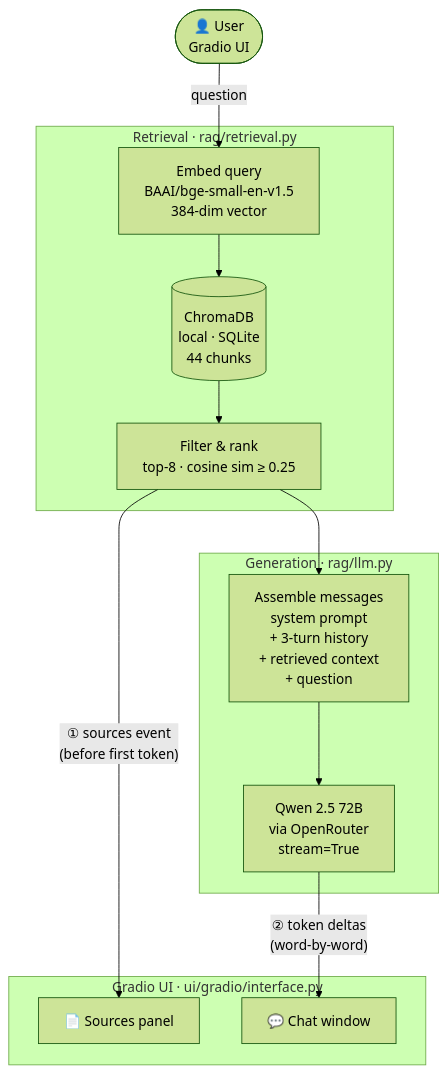
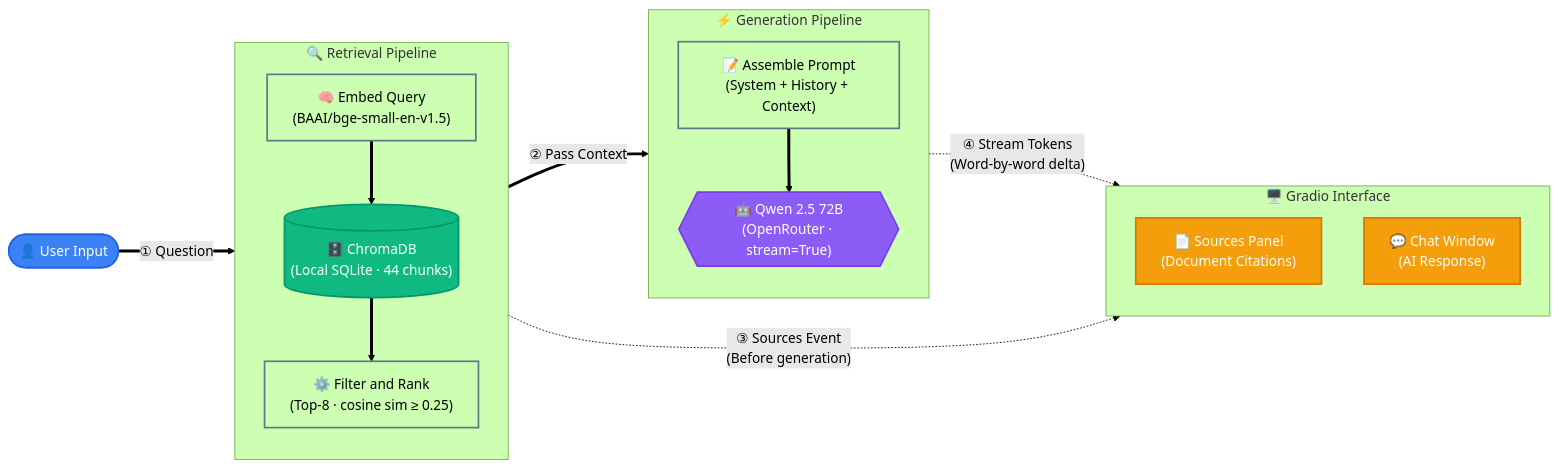
One commit to Andela-AI-Engineering-Bootcamp/ask_andela_cohort changed the diagram in README.md. Above: the diagram before and after it, drawn with Mermaid (forest theme).

Commit message:
update mermaid diagram

````diff
--- a/README.md
+++ b/README.md
@@ -19,29 +19,52 @@
 ```mermaid
-flowchart TD
-    User(["👤 User\nGradio UI"])
-    User -->|"question"| Embed
+flowchart LR
+    %% Core User Input
+    User(["👤 User Input"])
 
-    subgraph retrieval["Retrieval  ·  rag/retrieval.py"]
-        Embed["Embed query\nBAAI/bge-small-en-v1.5\n384-dim vector"]
-        Embed --> DB
-        DB[("ChromaDB\nlocal · SQLite\n44 chunks")]
-        DB --> Filter
-        Filter["Filter & rank\ntop-8 · cosine sim ≥ 0.25"]
+    %% Retrieval Pipeline
+    subgraph Retrieval ["🔍 Retrieval Pipeline"]
+        direction TB
+        Embed["🧠 Embed Query<br/>(BAAI/bge-small-en-v1.5)"]
+        DB[("🗄️ ChromaDB<br/>(Local SQLite · 44 chunks)")]
+        Filter["⚙️ Filter and Rank<br/>(Top-8 · cosine sim ≥ 0.25)"]
+        
+        Embed ==> DB ==> Filter
     end
 
-    Filter -->|"① sources event\n(before first token)"| SourcesPanel
-
-    subgraph generation["Generation  ·  rag/llm.py"]
-        Filter --> Prompt
-        Prompt["Assemble messages\nsystem prompt\n+ 3-turn history\n+ retrieved context\n+ question"]
-        Prompt --> LLM
-        LLM["Qwen 2.5 72B\nvia OpenRouter\nstream=True"]
+    %% Generation Pipeline
+    subgraph Generation ["⚡ Generation Pipeline"]
+        direction TB
+        Prompt["📝 Assemble Prompt<br/>(System + History + Context)"]
+        LLM{{"🤖 Qwen 2.5 72B<br/>(OpenRouter · stream=True)"}}
+        
+        Prompt ==> LLM
     end
 
-    LLM -->|"② token deltas\n(word-by-word)"| ChatWindow
+    %% Output UI
+    subgraph UI ["🖥️ Gradio Interface"]
+        direction TB
+        SourcesPanel["📄 Sources Panel<br/>(Document Citations)"]
+        ChatWindow["💬 Chat Window<br/>(AI Response)"]
+    end
 
-    subgraph ui["Gradio UI  ·  ui/gradio/interface.py"]
-        SourcesPanel["📄 Sources panel"]
-        ChatWindow["💬 Chat window"]
-    end
+    %% Data Flow Edges
+    User ==>|"① Question"| Embed
+    Filter ==>|"② Pass Context"| Prompt
+    
+    %% Async / UI Updates
+    Filter -.->|"③ Sources Event<br/>(Before generation)"| SourcesPanel
+    LLM -.->|"④ Stream Tokens<br/>(Word-by-word delta)"| ChatWindow
+
+    %% Professional Styling (Tailwind Palette)
+    classDef default fill:transparent,stroke:#64748b,stroke-width:2px,color:inherit;
+    classDef startNode fill:#3b82f6,stroke:#2563eb,stroke-width:2px,color:#ffffff;
+    classDef dbNode fill:#10b981,stroke:#059669,stroke-width:2px,color:#ffffff;
+    classDef llmNode fill:#8b5cf6,stroke:#7c3aed,stroke-width:2px,color:#ffffff;
+    classDef uiNode fill:#f59e0b,stroke:#d97706,stroke-width:2px,color:#ffffff;
+
+    %% Apply Classes
+    class User startNode;
+    class DB dbNode;
+    class LLM llmNode;
+    class SourcesPanel,ChatWindow uiNode;
 ```
````
